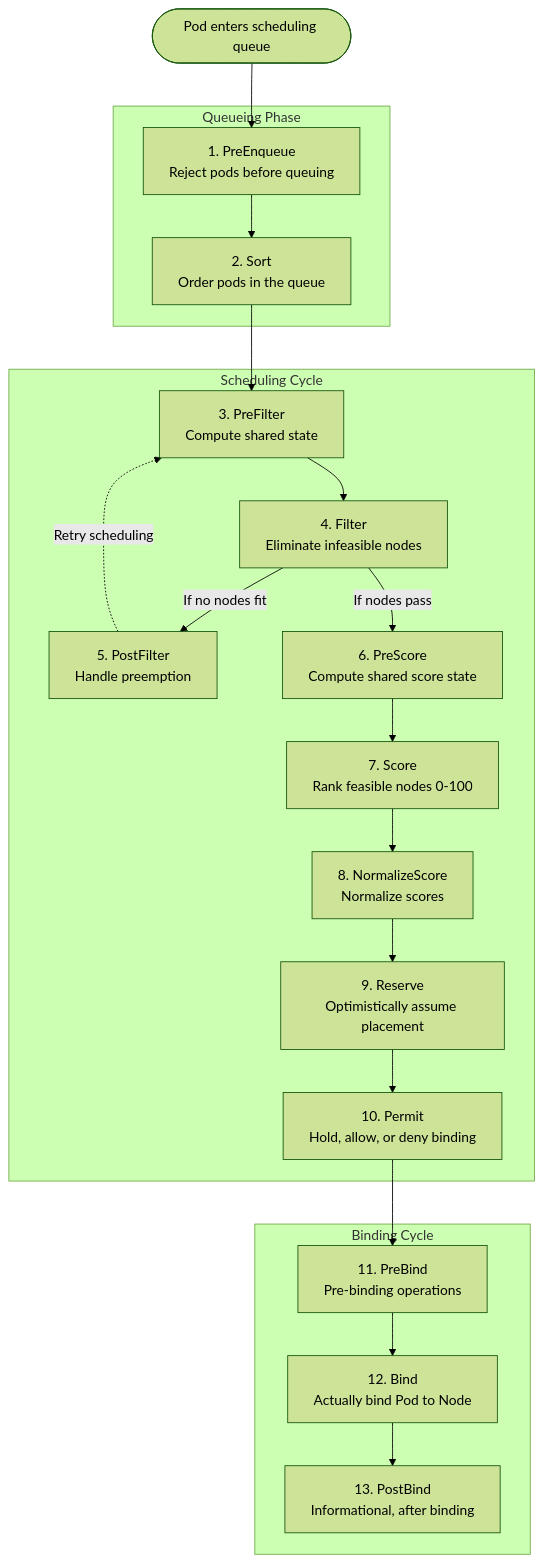
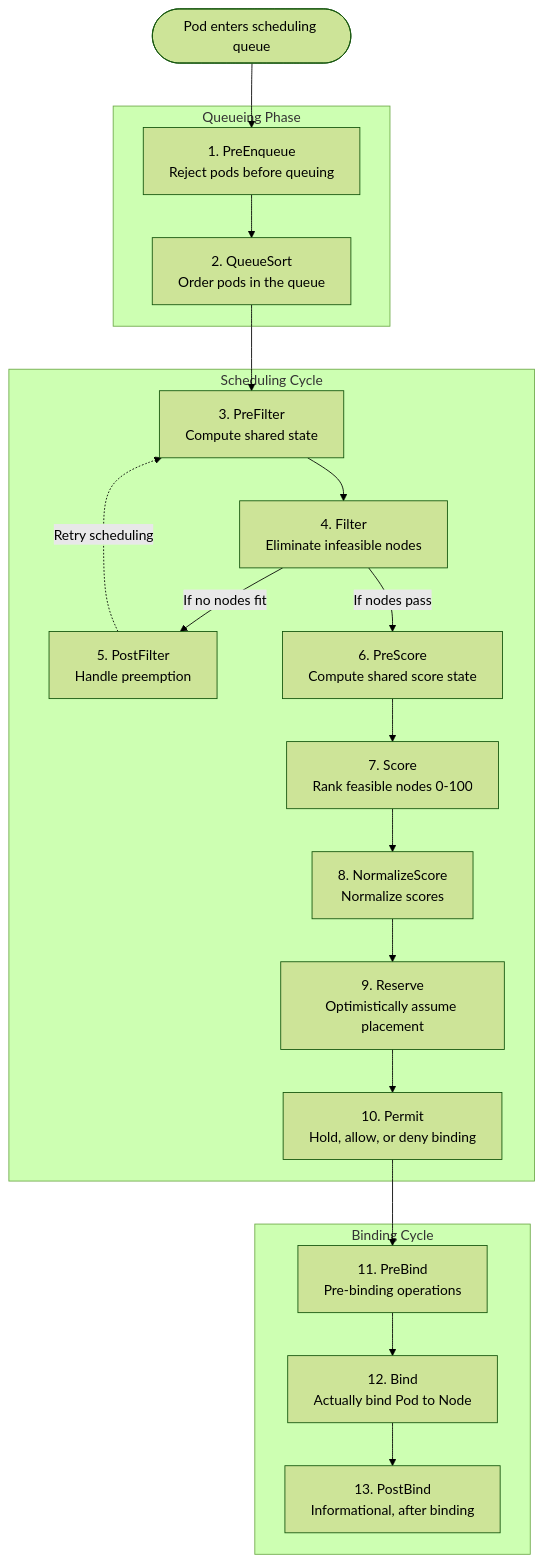
Before and after one commit to kube-dojo/kube-dojo: the first of 2 diagrams in src/content/docs/k8s/extending/module-1.7-scheduler-plugins.md, drawn with Mermaid (forest theme). The commit also changed other lines of this file and 3 other files, not shown here.

````diff
--- a/src/content/docs/k8s/extending/module-1.7-scheduler-plugins.md
+++ b/src/content/docs/k8s/extending/module-1.7-scheduler-plugins.md
@@ -43,28 +43,28 @@
 ```mermaid
 flowchart TD
     Start([Pod enters scheduling queue]) --> PreEnqueue
 
     subgraph Queueing Phase
-        PreEnqueue[1. PreEnqueue<br/>Reject pods before queuing] --> Sort[2. Sort<br/>Order pods in the queue]
+        PreEnqueue[1. PreEnqueue<br/>Reject pods before queuing] --> QueueSort[2. QueueSort<br/>Order pods in the queue]
     end
 
-    Sort --> PreFilter
+    QueueSort --> PreFilter
 
     subgraph Scheduling Cycle
         PreFilter[3. PreFilter<br/>Compute shared state] --> Filter[4. Filter<br/>Eliminate infeasible nodes]
         Filter -- If no nodes fit --> PostFilter[5. PostFilter<br/>Handle preemption]
         Filter -- If nodes pass --> PreScore[6. PreScore<br/>Compute shared score state]
         PostFilter -. Retry scheduling .-> PreFilter
         PreScore --> Score[7. Score<br/>Rank feasible nodes 0-100]
         Score --> Normalize[8. NormalizeScore<br/>Normalize scores]
         Normalize --> Reserve[9. Reserve<br/>Optimistically assume placement]
         Reserve --> Permit[10. Permit<br/>Hold, allow, or deny binding]
     end
 
     Permit --> PreBind
 
     subgraph Binding Cycle
         PreBind[11. PreBind<br/>Pre-binding operations] --> Bind[12. Bind<br/>Actually bind Pod to Node]
         Bind --> PostBind[13. PostBind<br/>Informational, after binding]
     end
 ```
````
